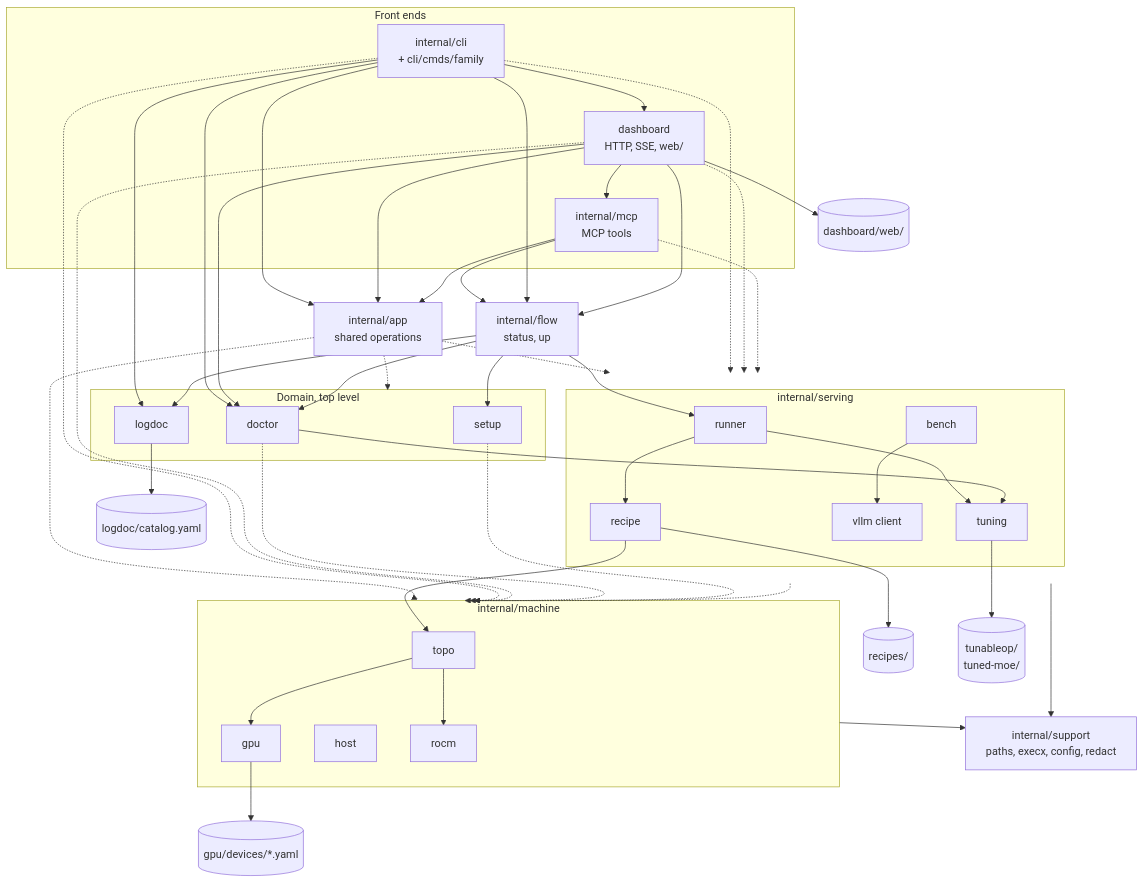
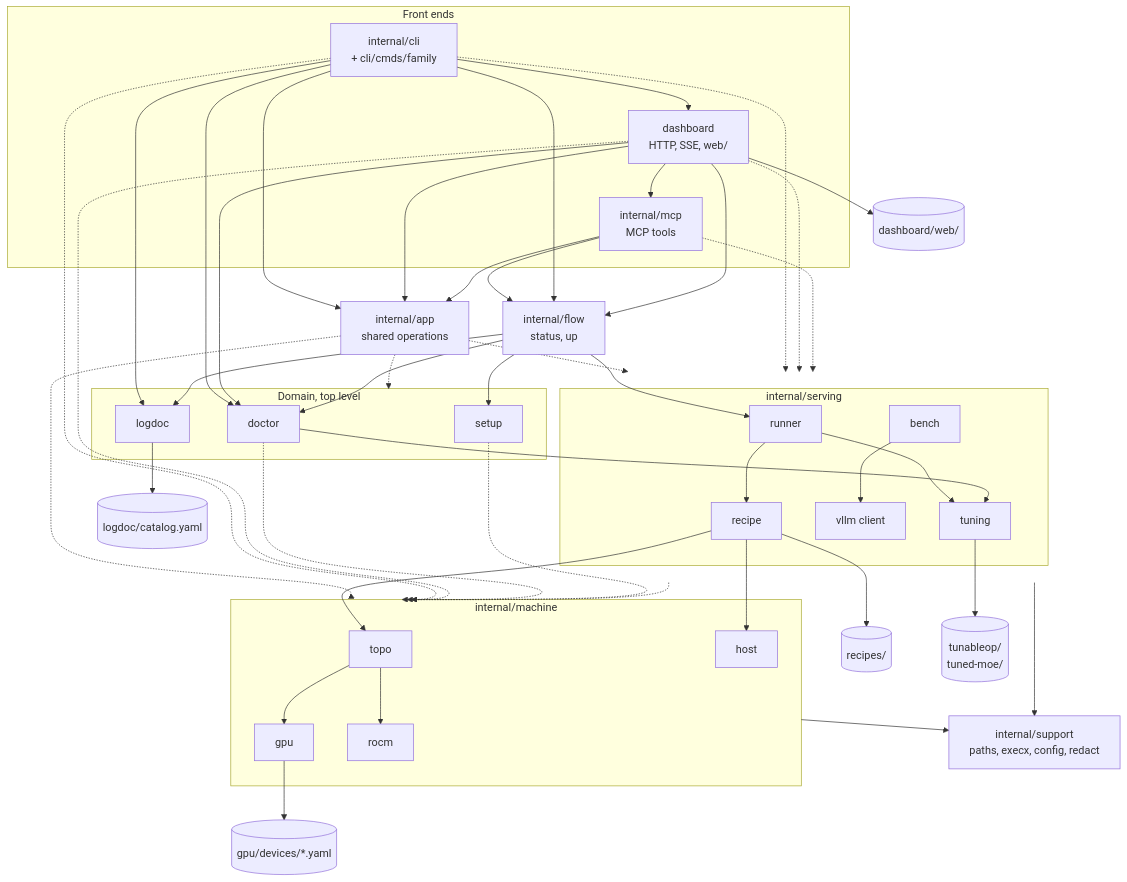
Before and after one commit to opengfx1030/bernie: the first of 6 diagrams in docs/architecture.md, drawn with Mermaid. The commit also changed 2 other files, not shown here.

Commit message:
docs: the numeric GPU group ids and the resumable model download
Spec section 8.2 (numeric group ids), section 6.1 (the model download),
the install page and the package list.

````diff
--- a/docs/architecture.md
+++ b/docs/architecture.md
@@ -20,74 +20,75 @@
 ```mermaid
 flowchart TB
   subgraph front["Front ends"]
     CLI["internal/cli<br/>+ cli/cmds/family"]
     DASH["dashboard<br/>HTTP, SSE, web/"]
     MCP["internal/mcp<br/>MCP tools"]
   end
   APP["internal/app<br/>shared operations"]
   FLOW["internal/flow<br/>status, up"]
   subgraph top["Domain, top level"]
     DOC["doctor"]
     SET["setup"]
     LOG["logdoc"]
   end
   subgraph serving["internal/serving"]
     RUN["runner"]
     REC["recipe"]
     TUN["tuning"]
     BEN["bench"]
     VLLM["vllm client"]
   end
   subgraph machine["internal/machine"]
     TOPO["topo"]
     GPU["gpu"]
     HOST["host"]
     ROCM["rocm"]
   end
   SUP["internal/support<br/>paths, execx, config, redact"]
   D1[("gpu/devices/*.yaml")]
   D2[("recipes/")]
   D3[("tunableop/<br/>tuned-moe/")]
   D4[("logdoc/catalog.yaml")]
   D5[("dashboard/web/")]
   CLI --> APP
   DASH --> APP
   MCP --> APP
   MCP --> FLOW
   DASH --> MCP
   APP -.-> top
   APP -.-> serving
   APP -.-> machine
   CLI --> FLOW
   CLI --> DASH
   CLI --> DOC
   DASH --> FLOW
   CLI --> LOG
   DASH --> DOC
   FLOW --> DOC
   FLOW --> SET
   FLOW --> RUN
   FLOW --> LOG
   RUN --> REC
   RUN --> TUN
   REC --> TOPO
+  REC --> HOST
   DOC --> TUN
   TOPO --> GPU
   TOPO --> ROCM
   BEN --> VLLM
   CLI -.-> serving
   DASH -.-> serving
   MCP -.-> serving
   CLI -.-> machine
   DASH -.-> machine
   DOC -.-> machine
   SET -.-> machine
   serving -.-> machine
   machine --> SUP
   serving --> SUP
   GPU --> D1
   REC --> D2
   TUN --> D3
   LOG --> D4
   DASH --> D5
 ```
````
